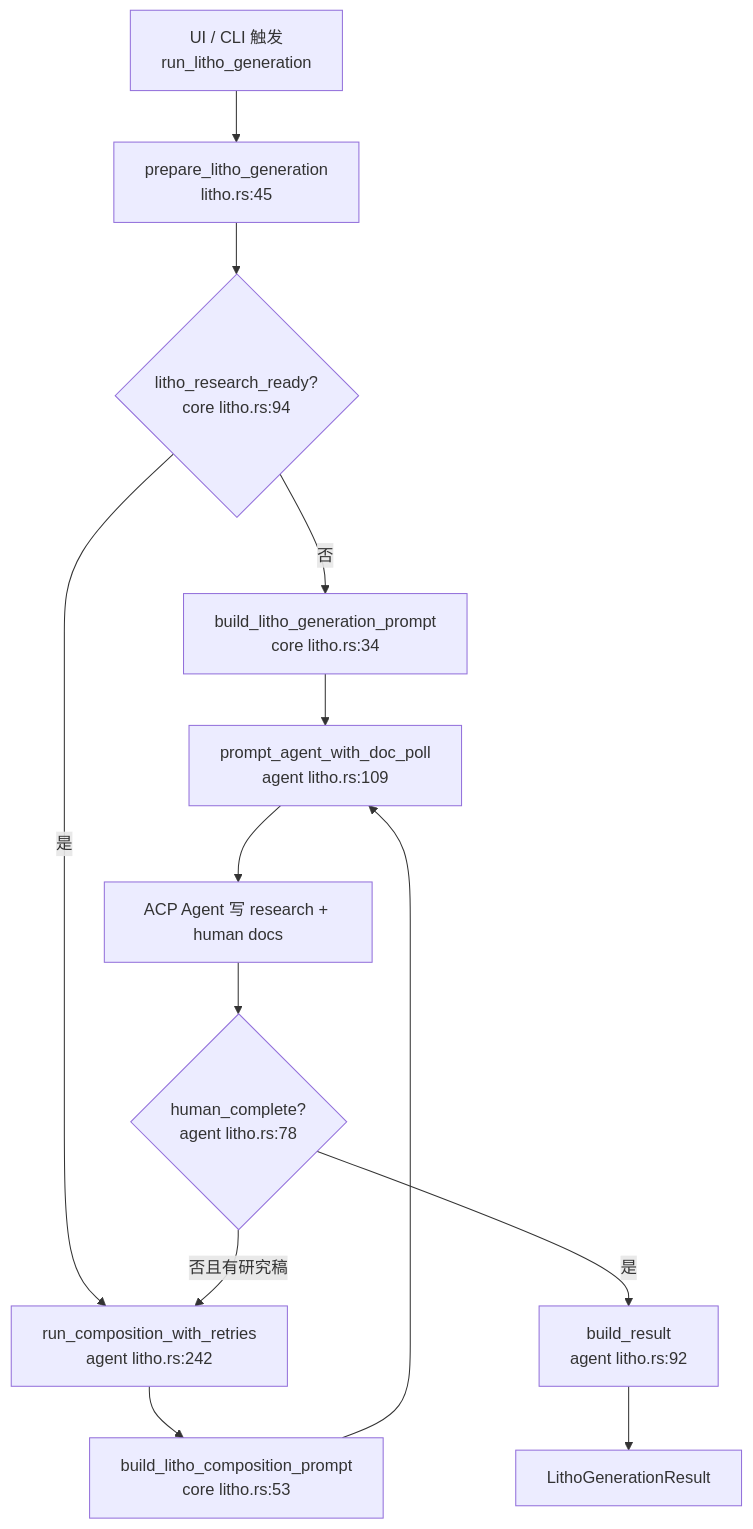
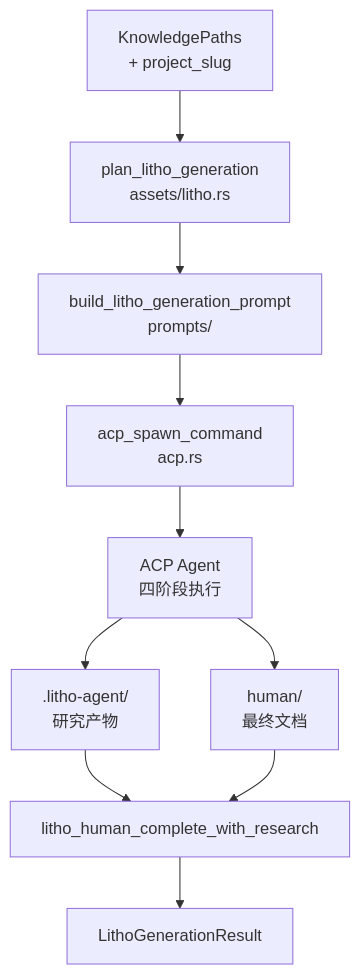
One commit to sopaco/terrain changed the diagram in .terrain/human/4.Deep-Exploration/Litho文档生成.md. Above: the diagram before and after it, drawn with Mermaid. The commit also changed other lines of this file and 79 other files, not shown here.

````diff
--- a/.terrain/human/4.Deep-Exploration/Litho文档生成.md
+++ b/.terrain/human/4.Deep-Exploration/Litho文档生成.md
@@ -49,15 +35,12 @@
 ```mermaid
 flowchart TD
-    A["UI / CLI 触发<br/>run_litho_generation"] --> B["prepare_litho_generation<br/>litho.rs:45"]
-    B --> C{"litho_research_ready?<br/>core litho.rs:94"}
-    C -->|否| D["build_litho_generation_prompt<br/>core litho.rs:34"]
-    C -->|是| E["run_composition_with_retries<br/>agent litho.rs:242"]
-    D --> F["prompt_agent_with_doc_poll<br/>agent litho.rs:109"]
-    F --> G["ACP Agent 写 research + human docs"]
-    G --> H{"human_complete?<br/>agent litho.rs:78"}
-    H -->|否且有研究稿| E
-    H -->|是| I["build_result<br/>agent litho.rs:92"]
-    E --> J["build_litho_composition_prompt<br/>core litho.rs:53"]
-    J --> F
-    I --> K["LithoGenerationResult"]
+    A["KnowledgePaths<br/>+ project_slug"] --> B["plan_litho_generation<br/>assets/litho.rs"]
+    B --> C["build_litho_generation_prompt<br/>prompts/"]
+    C --> D["acp_spawn_command<br/>acp.rs"]
+    D --> E["ACP Agent<br/>四阶段执行"]
+    E --> F[".litho-agent/<br/>研究产物"]
+    E --> G["human/<br/>最终文档"]
+    F --> H["litho_human_complete_with_research"]
+    G --> H
+    H --> I["LithoGenerationResult"]
 ```
````
